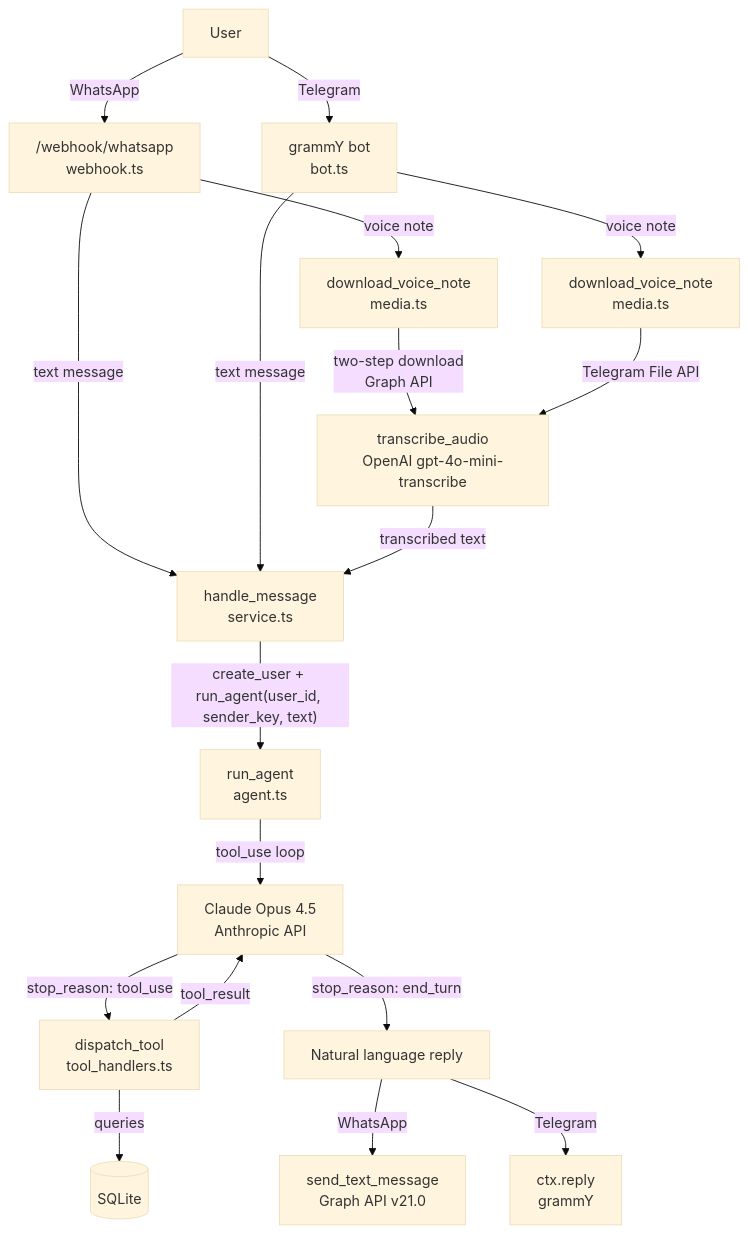
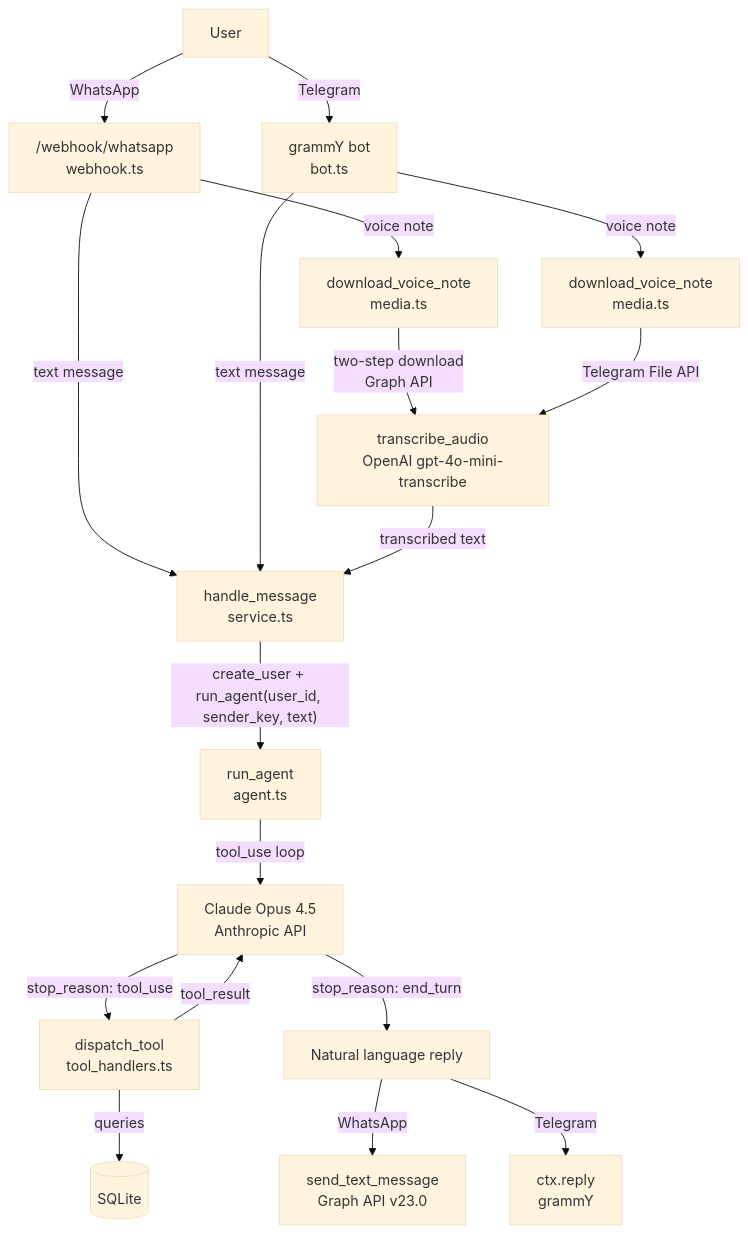
One commit to ccarcaci/rsvr changed the first of 3 diagrams in architecture/20260302_general_architecture.md. Above: the diagram before and after it, drawn with Mermaid (base theme). The commit also changed other lines of this file and 2 other files, not shown here.

````diff
--- a/architecture/20260302_general_architecture.md
+++ b/architecture/20260302_general_architecture.md
@@ -103,26 +106,26 @@
 ```mermaid
 flowchart TD
     U[User] -->|WhatsApp| WH["/webhook/whatsapp<br/>webhook.ts"]
     U -->|Telegram| TG["grammY bot<br/>bot.ts"]
 
     WH -->|text message| SVC["handle_message<br/>service.ts"]
     WH -->|voice note| DL_WA["download_voice_note<br/>media.ts"]
     TG -->|text message| SVC
     TG -->|voice note| DL_TG["download_voice_note<br/>media.ts"]
 
     DL_WA -->|two-step download<br/>Graph API| STT["transcribe_audio<br/>OpenAI gpt-4o-mini-transcribe"]
     DL_TG -->|Telegram File API| STT
 
     STT -->|transcribed text| SVC
 
     SVC -->|"create_user + run_agent(user_id, sender_key, text)"| AGENT["run_agent<br/>agent.ts"]
 
     AGENT -->|"tool_use loop"| CLAUDE["Claude Opus 4.5<br/>Anthropic API"]
     CLAUDE -->|"stop_reason: tool_use"| DISPATCH["dispatch_tool<br/>tool_handlers.ts"]
     DISPATCH -->|"queries"| DB[(SQLite)]
     DISPATCH -->|"tool_result"| CLAUDE
     CLAUDE -->|"stop_reason: end_turn"| REPLY[Natural language reply]
 
-    REPLY -->|WhatsApp| SEND_WA["send_text_message<br/>Graph API v21.0"]
+    REPLY -->|WhatsApp| SEND_WA["send_text_message<br/>Graph API v23.0"]
     REPLY -->|Telegram| SEND_TG["ctx.reply<br/>grammY"]
 ```
````
